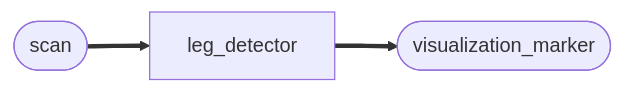
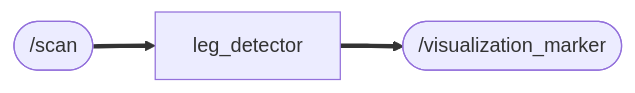
One commit to iHaruruki/leg_detector changed the diagram in README.md. Above: the diagram before and after it, drawn with Mermaid. The commit also changed other lines of this file, not shown here.

````diff
--- a/README.md
+++ b/README.md
@@ -7,4 +7,4 @@
 ```mermaid
 flowchart LR
-    A([scan]) ==> B[leg_detector] ==> C([visualization_marker])
+    A(["/scan"]) ==> B[leg_detector] ==> C(["/visualization_marker"])
 ```
````
